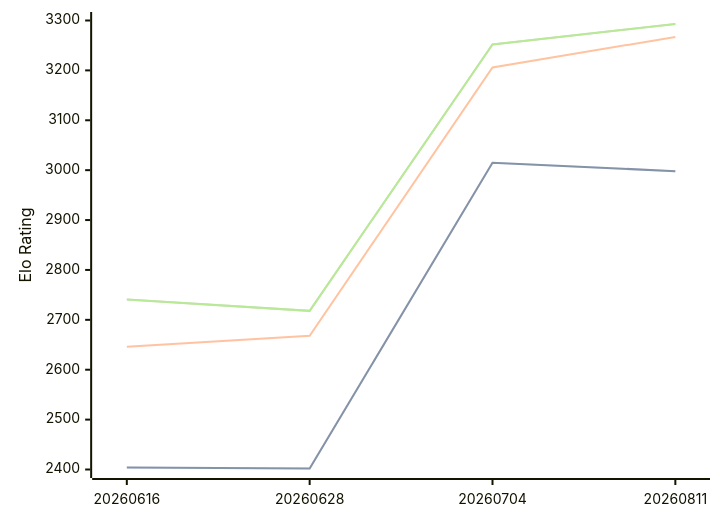
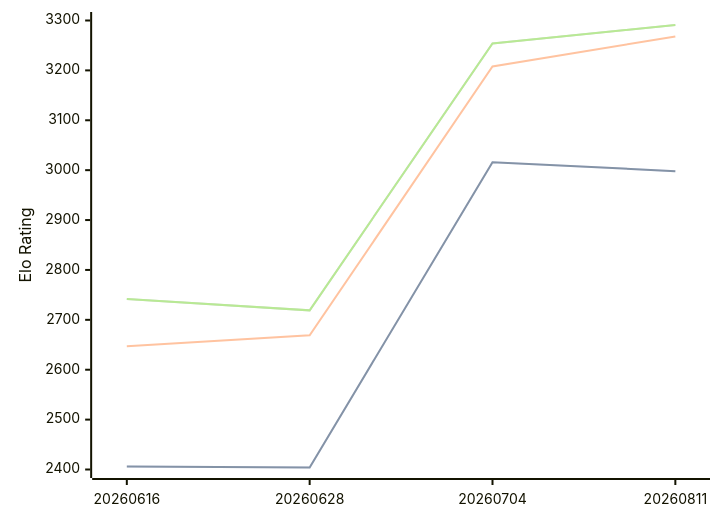
The diagram in engines/Askaig.md (computer-chess-index/cci), drawn with Mermaid before and after one commit. The commit also changed other lines of this file, not shown here.

Commit message:
Update CCI Ratings (ELO VLTC) - 2026-08-26

````diff
--- a/engines/Askaig.md
+++ b/engines/Askaig.md
@@ -36,11 +36,11 @@
 ```mermaid
 %%{init: {"theme":"base","themeVariables":{"seriesColors:['#a3a3a3','#222221','#faa371']}}}%%
 xychart-beta
   x-axis ["20260616", "20260628", "20260704", "20260811"]
   y-axis "Elo Rating" 2400 --> 3300
-  line "STC (8.0+0.08s)" [2404, 2402, 3015, 2998]
-  line "STC (8.0+0.08s)" [2404, 2402, 3015, 2998]
-  line "LTC (60.0+0.60s)" [2646, 2668, 3206, 3267]
-  line "VLTC (2m24s+1.12s)" [2741, 2718, 3252, 3293]
-  line "VLTC (2m24s+1.12s)" [2741, 2718, 3252, 3293]
+  line "STC (8.0+0.08s)" [2406, 2404, 3016, 2998]
+  line "STC (8.0+0.08s)" [2406, 2404, 3016, 2998]
+  line "LTC (60.0+0.60s)" [2647, 2669, 3208, 3268]
+  line "VLTC (2m24s+1.12s)" [2742, 2719, 3254, 3291]
+  line "VLTC (2m24s+1.12s)" [2742, 2719, 3254, 3291]
 ```
````
